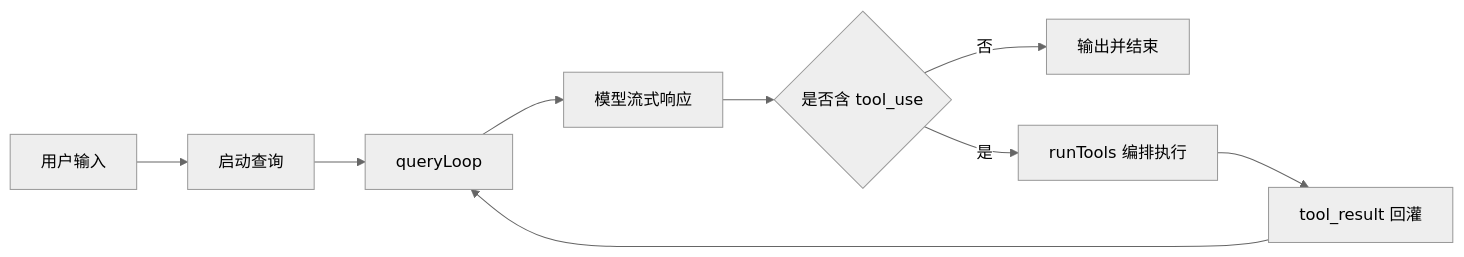
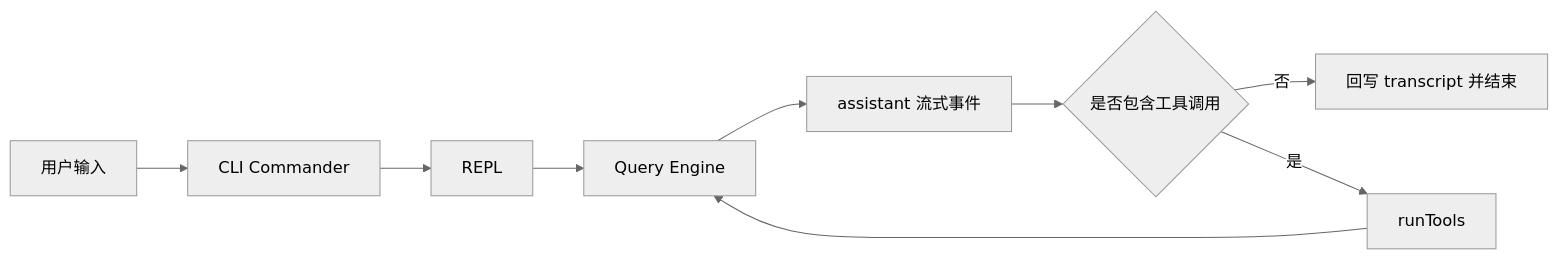
The second of 2 diagrams in notes/reviews/01-architecture-and-core-flow.md (friendlyhank/claude-code-annotated), drawn with Mermaid (neutral theme) before and after one commit. The commit also changed other lines of this file and 15 other files, not shown here.

Commit message:
feat: wire REPL to query loop; rebuild reviews

````diff
--- a/notes/reviews/01-architecture-and-core-flow.md
+++ b/notes/reviews/01-architecture-and-core-flow.md
@@ -34,11 +38,11 @@
 ```mermaid
 flowchart LR
-    Input[用户输入] --> Start[启动查询]
-    Start --> Loop[queryLoop]
-    Loop --> Model[模型流式响应]
-    Model --> Detect{是否含 tool_use}
-    Detect -->|否| End[输出并结束]
-    Detect -->|是| Tools[runTools 编排执行]
-    Tools --> Feed[tool_result 回灌]
-    Feed --> Loop
+    Input[用户输入] --> CLI[CLI Commander]
+    CLI --> UI[REPL]
+    UI --> Query[Query Engine]
+    Query --> Stream[assistant 流式事件]
+    Stream --> Decide{是否包含工具调用}
+    Decide -->|否| Output[回写 transcript 并结束]
+    Decide -->|是| Tools[runTools]
+    Tools --> Query
 ```
````
